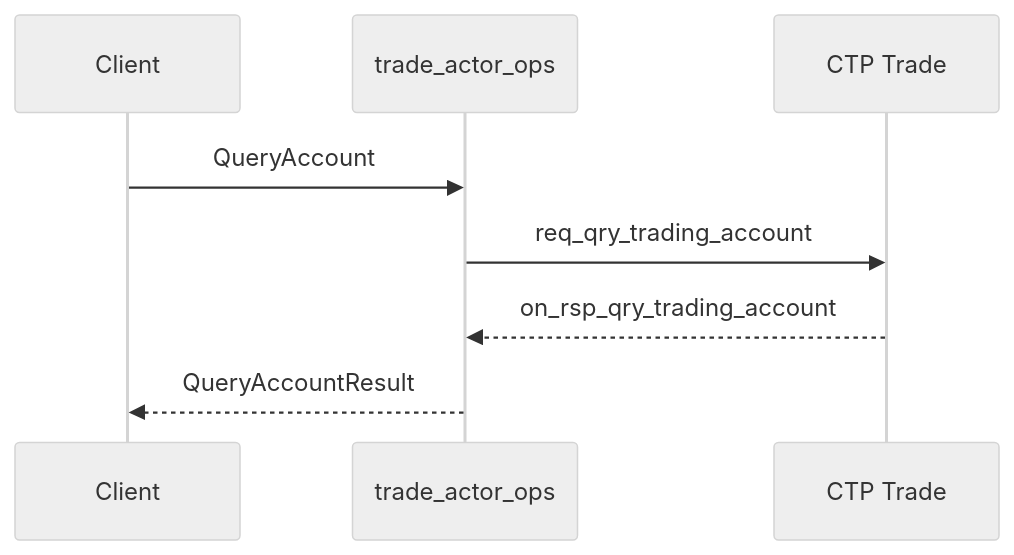
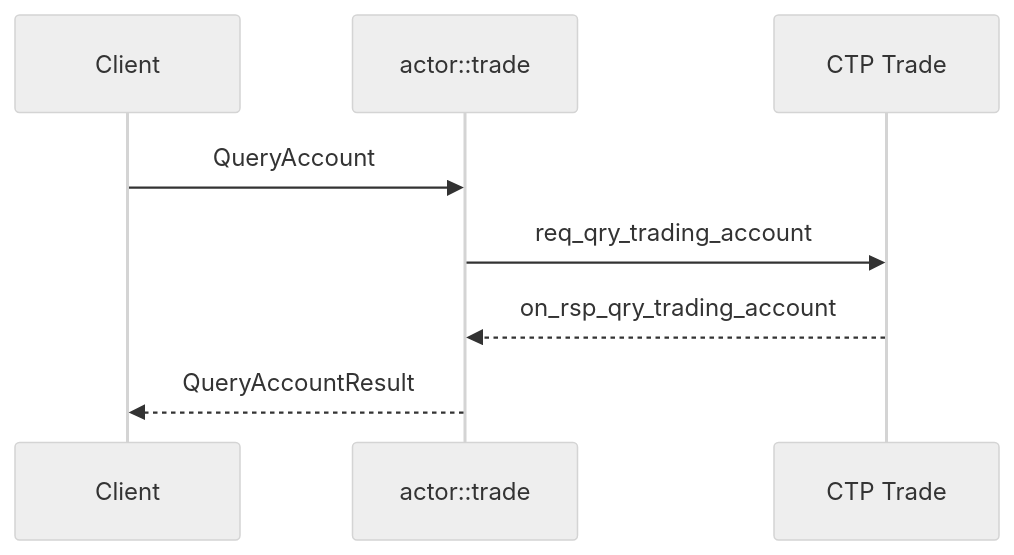
Before and after one commit to qu1zzyboy/ctp_system: the third of 3 diagrams in docs/项目架构与进度.md, drawn with Mermaid (neutral theme). The commit also changed other lines of this file and 17 other files, not shown here.

Commit message:
architecture update

````diff
--- a/docs/项目架构与进度.md
+++ b/docs/项目架构与进度.md
@@ -222,11 +224,11 @@
 ```mermaid
 sequenceDiagram
     participant C as Client
-    participant O as trade_actor_ops
+    participant O as actor::trade
     participant CTP as CTP Trade
 
     C->>O: QueryAccount
     O->>CTP: req_qry_trading_account
     CTP-->>O: on_rsp_qry_trading_account
     O-->>C: QueryAccountResult
 ```
````
